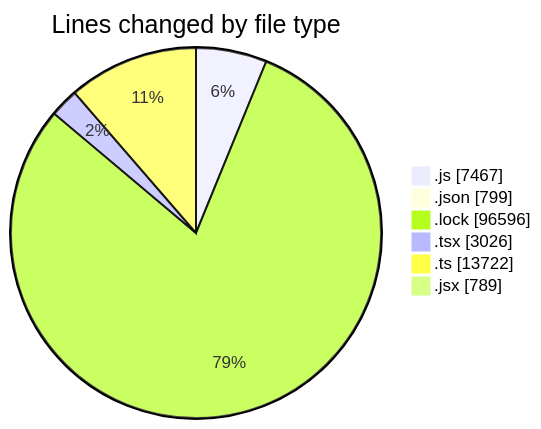
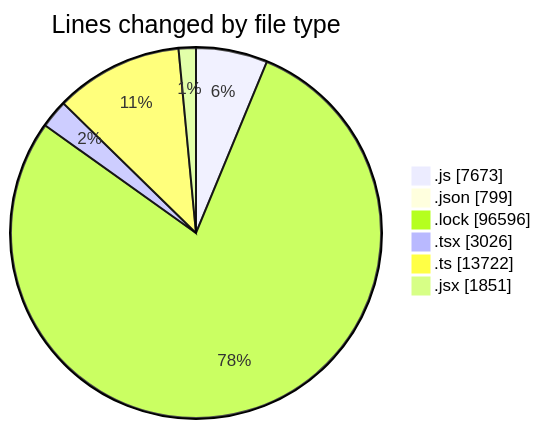
The first of 2 diagrams in 2025-12-18/cda/README.md (momahboobian/code-tracking), drawn with Mermaid before and after one commit. The commit also changed other lines of this file and 1 other file, not shown here.

````diff
--- a/2025-12-18/cda/README.md
+++ b/2025-12-18/cda/README.md
@@ -90,10 +101,10 @@
 ```mermaid
 pie showData
 title Lines changed by file type
-".js" : 7467
+".js" : 7673
 ".json" : 799
 ".lock" : 96596
 ".tsx" : 3026
 ".ts" : 13722
-".jsx" : 789
+".jsx" : 1851
 ```
````
